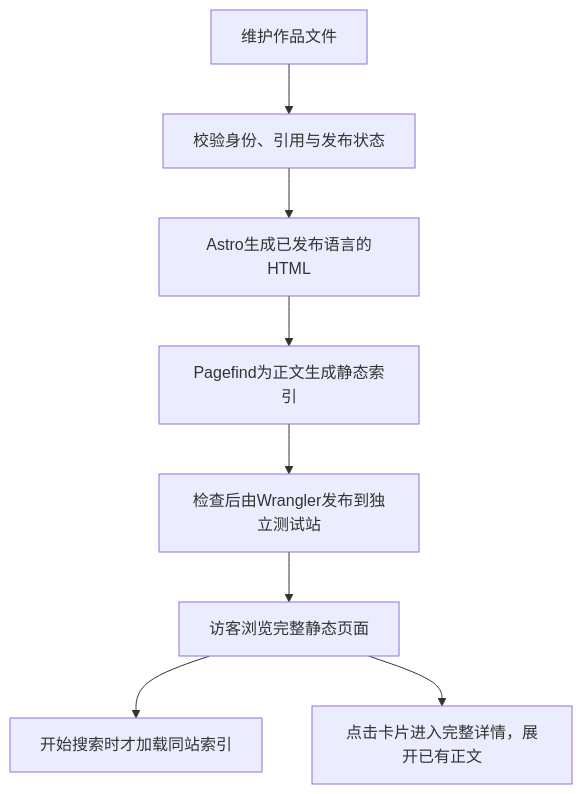
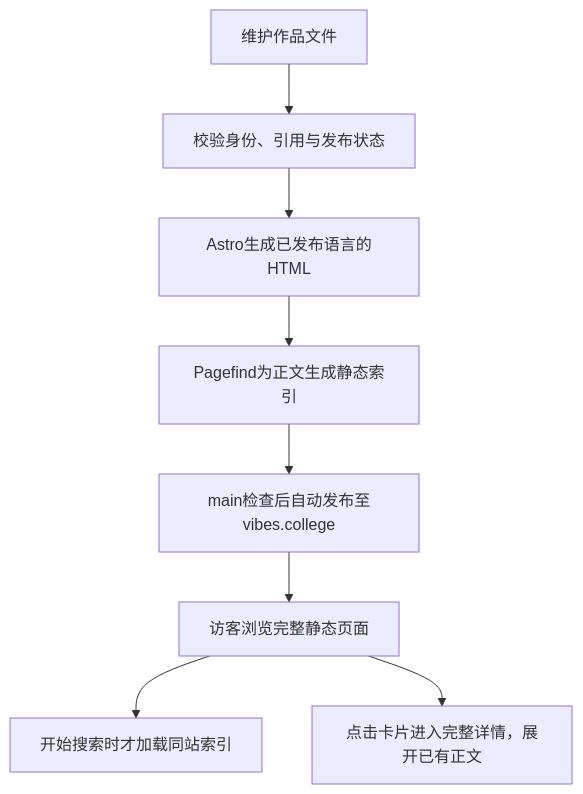
Before and after one commit to Vibes-college/Vibes: the diagram in docs/PROJECT_ANALYSIS.md, drawn with Mermaid. The commit also changed other lines of this file and 40 other files, not shown here.

````diff
--- a/docs/PROJECT_ANALYSIS.md
+++ b/docs/PROJECT_ANALYSIS.md
@@ -54,10 +54,10 @@
 ```mermaid
 flowchart TD
   A[维护作品文件] --> B[校验身份、引用与发布状态]
   B --> C[Astro生成已发布语言的HTML]
   C --> D[Pagefind为正文生成静态索引]
-  D --> E[检查后由Wrangler发布到独立测试站]
+  D --> E[main检查后自动发布至vibes.college]
   E --> F[访客浏览完整静态页面]
   F --> G[开始搜索时才加载同站索引]
   F --> H[点击卡片进入完整详情，展开已有正文]
 ```
````
